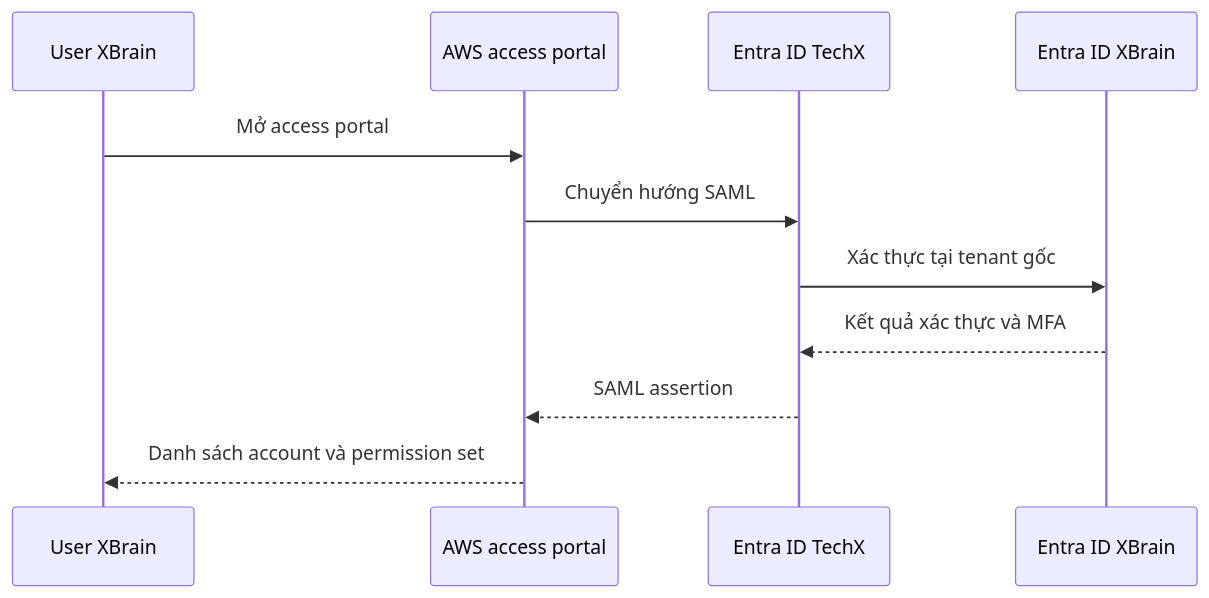
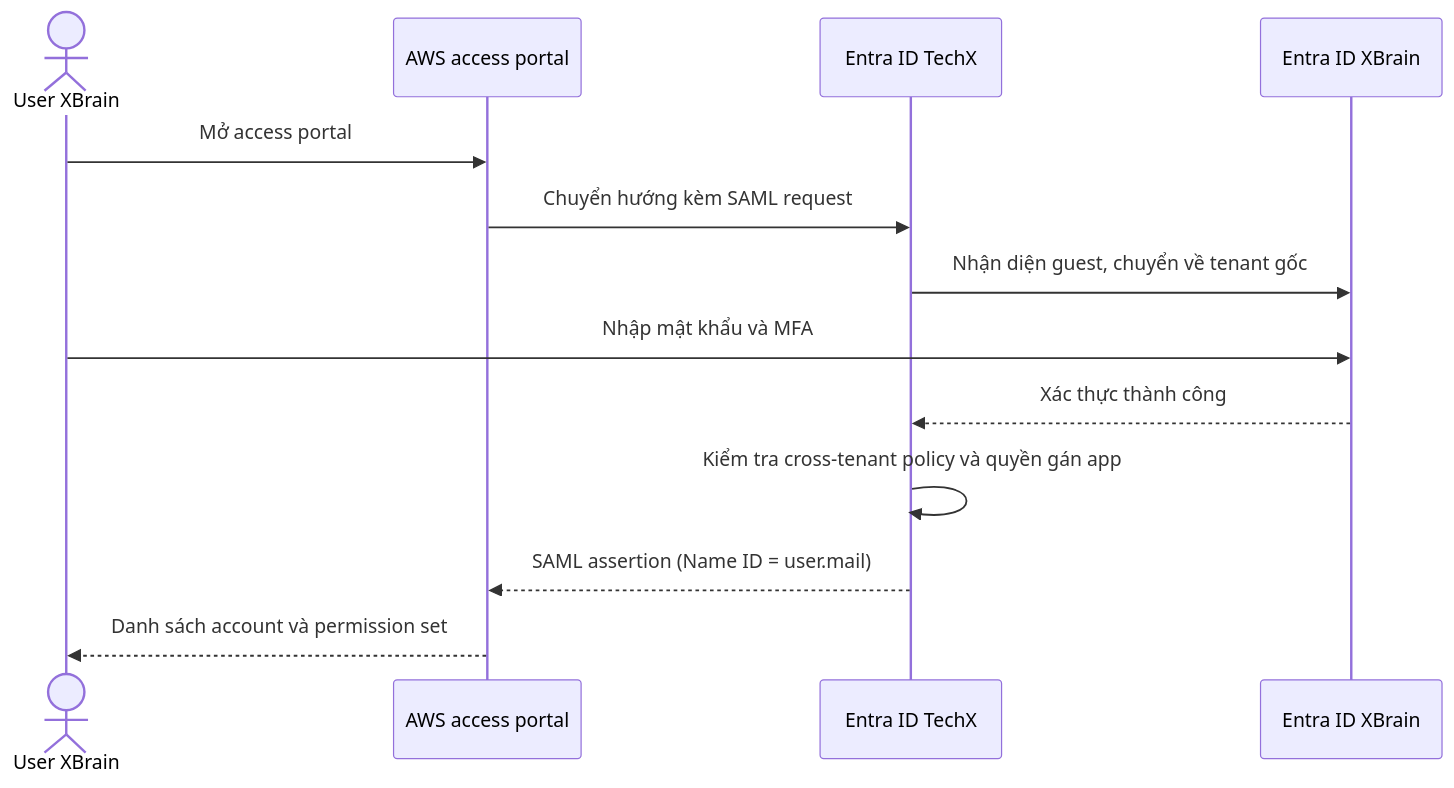
The second of 2 diagrams in docs/01-cross-tenant-access.md (thidinh-xbrain2/techx-devops-docs), drawn with Mermaid before and after one commit. The commit also changed other lines of this file, not shown here.

Commit message:
docs: fix mermaid flows, add evidence checklist

````diff
--- a/docs/01-cross-tenant-access.md
+++ b/docs/01-cross-tenant-access.md
@@ -43,13 +45,15 @@
 ```mermaid
 sequenceDiagram
-  participant U as User XBrain
+  actor U as User XBrain
   participant AWS as AWS access portal
   participant T as Entra ID TechX
   participant X as Entra ID XBrain
   U->>AWS: Mở access portal
-  AWS->>T: Chuyển hướng SAML
-  T->>X: Xác thực tại tenant gốc
-  X-->>T: Kết quả xác thực và MFA
-  T-->>AWS: SAML assertion
+  AWS->>T: Chuyển hướng kèm SAML request
+  T->>X: Nhận diện guest, chuyển về tenant gốc
+  U->>X: Nhập mật khẩu và MFA
+  X-->>T: Xác thực thành công
+  T->>T: Kiểm tra cross-tenant policy và quyền gán app
+  T-->>AWS: SAML assertion (Name ID = user.mail)
   AWS-->>U: Danh sách account và permission set
 ```
````
